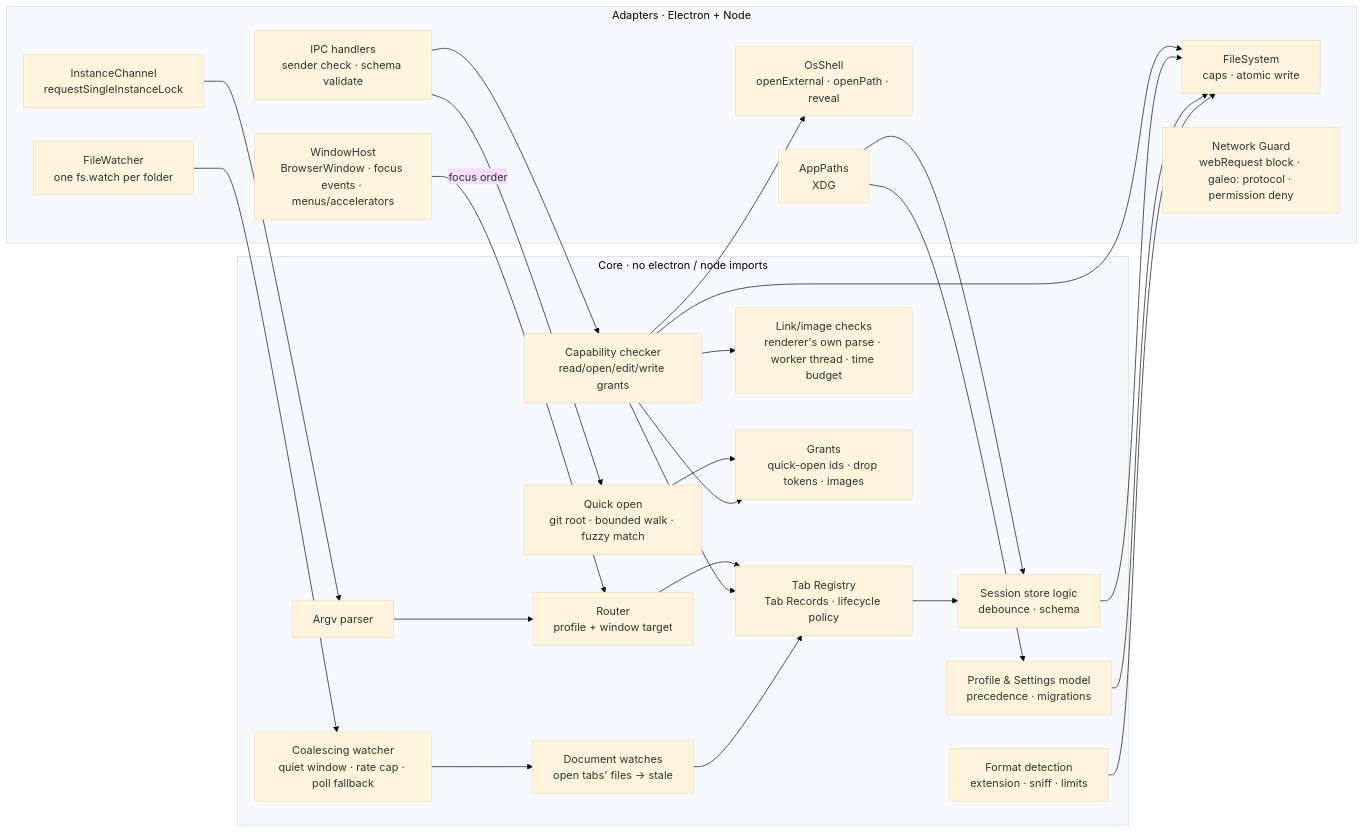
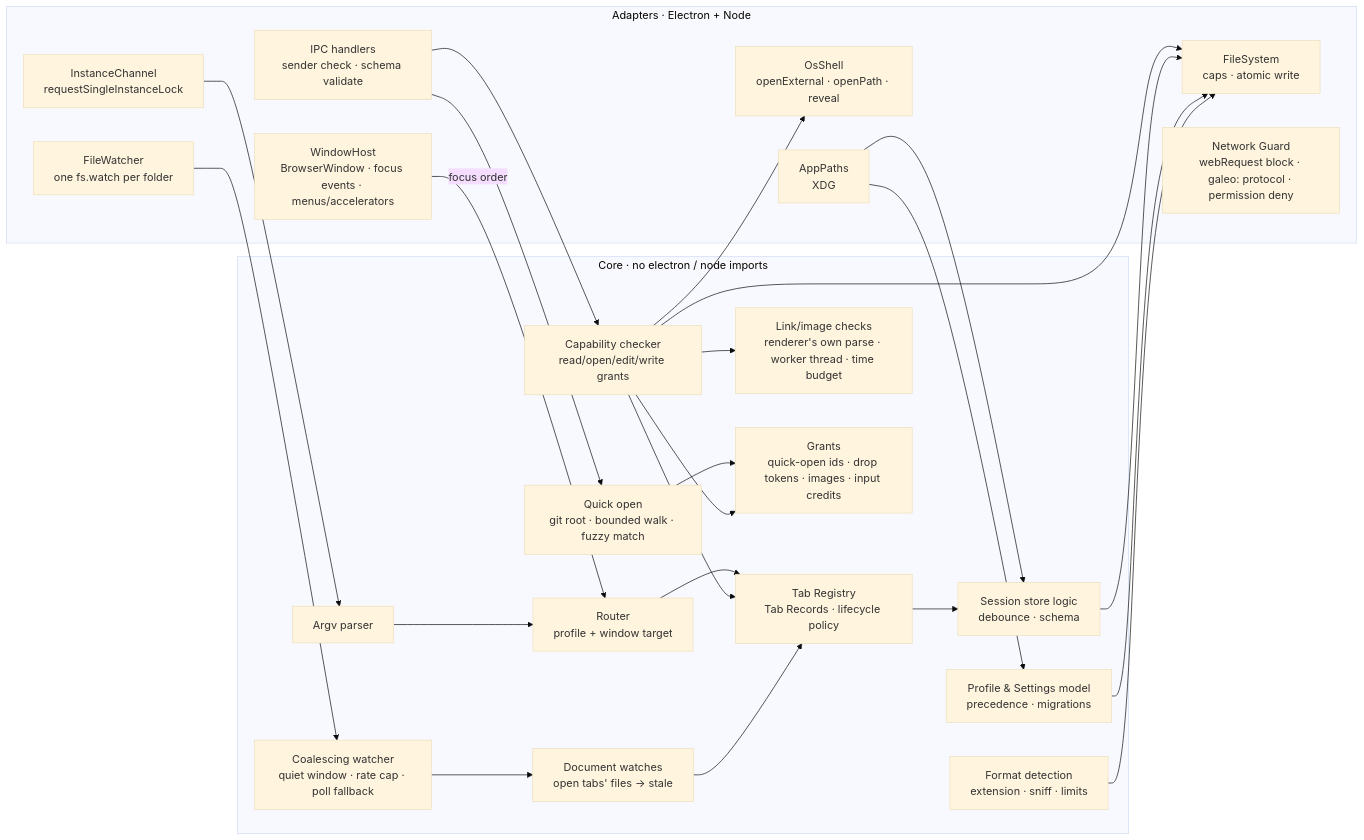
Before and after one commit to SWEStash/galeo: the third of 6 diagrams in docs/ARCHITECTURE.md, drawn with Mermaid (base theme). The commit also changed 8 other files, not shown here.

First line of the commit message:
feat(security): list typed folders in quick open only for real input

````diff
--- a/docs/ARCHITECTURE.md
+++ b/docs/ARCHITECTURE.md
@@ -126,39 +126,39 @@
 ```mermaid
 flowchart LR
   subgraph core[Core · no electron / node imports]
     argv[Argv parser]
     routing[Router<br/>profile + window target]
     reg[Tab Registry<br/>Tab Records · lifecycle policy]
     prof[Profile & Settings model<br/>precedence · migrations]
     sess[Session store logic<br/>debounce · schema]
     caps[Capability checker<br/>read/open/edit/write grants]
     links[Link/image checks<br/>renderer's own parse · worker thread · time budget]
     fmt[Format detection<br/>extension · sniff · limits]
     coal[Coalescing watcher<br/>quiet window · rate cap · poll fallback]
     dw[Document watches<br/>open tabs' files → stale]
     qoc[Quick open<br/>git root · bounded walk · fuzzy match]
-    grants[Grants<br/>quick-open ids · drop tokens · images]
+    grants[Grants<br/>quick-open ids · drop tokens · images · input credits]
   end
   subgraph adapt[Adapters · Electron + Node]
     inst[InstanceChannel<br/>requestSingleInstanceLock]
     win[WindowHost<br/>BrowserWindow · focus events · menus/accelerators]
     fsys[FileSystem<br/>caps · atomic write]
     watch[FileWatcher<br/>one fs.watch per folder]
     shellp[OsShell<br/>openExternal · openPath · reveal]
     paths[AppPaths<br/>XDG]
     ipc[IPC handlers<br/>sender check · schema validate]
     netg[Network Guard<br/>webRequest block · galeo: protocol · permission deny]
   end
   inst --> argv --> routing --> reg
   win -- focus order --> routing
   ipc --> caps
   caps --> links & reg
   caps --> fsys & shellp
   reg --> sess --> fsys
   prof --> fsys
   fmt --> fsys
   watch --> coal --> dw --> reg
   ipc --> qoc --> grants
   caps --> grants
   paths --> sess & prof
 ```
````
